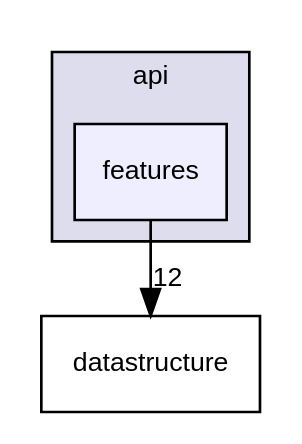
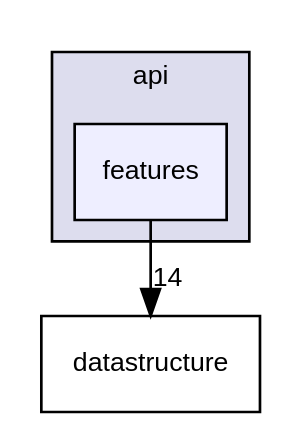
Before and after one commit to SolarFramework/solarframework.github.io: the diagram in api_documentation/dir_7adde693d153bd3e549fa1eec6618082_dep.dot, drawn with Graphviz. The commit also changed 289 other files, not shown here.

```diff
--- a/api_documentation/dir_7adde693d153bd3e549fa1eec6618082_dep.dot
+++ b/api_documentation/dir_7adde693d153bd3e549fa1eec6618082_dep.dot
@@ -1,11 +1,11 @@
 digraph "interfaces/api/features" {
   compound=true
   node [ fontsize="10", fontname="Helvetica"];
   edge [ labelfontsize="10", labelfontname="Helvetica"];
   subgraph clusterdir_5ccb2e05c35c6d85a94d42568a113e58 {
     graph [ bgcolor="#ddddee", pencolor="black", label="api" fontname="Helvetica", fontsize="10", URL="dir_5ccb2e05c35c6d85a94d42568a113e58.html"]
   dir_7adde693d153bd3e549fa1eec6618082 [shape=box, label="features", style="filled", fillcolor="#eeeeff", pencolor="black", URL="dir_7adde693d153bd3e549fa1eec6618082.html"];
   }
   dir_3163639002ef67c6c12f1b2ccf7afca4 [shape=box label="datastructure" URL="dir_3163639002ef67c6c12f1b2ccf7afca4.html"];
-  dir_7adde693d153bd3e549fa1eec6618082->dir_3163639002ef67c6c12f1b2ccf7afca4 [headlabel="12", labeldistance=1.5 headhref="dir_000004_000027.html"];
+  dir_7adde693d153bd3e549fa1eec6618082->dir_3163639002ef67c6c12f1b2ccf7afca4 [headlabel="14", labeldistance=1.5 headhref="dir_000004_000029.html"];
 }
```
